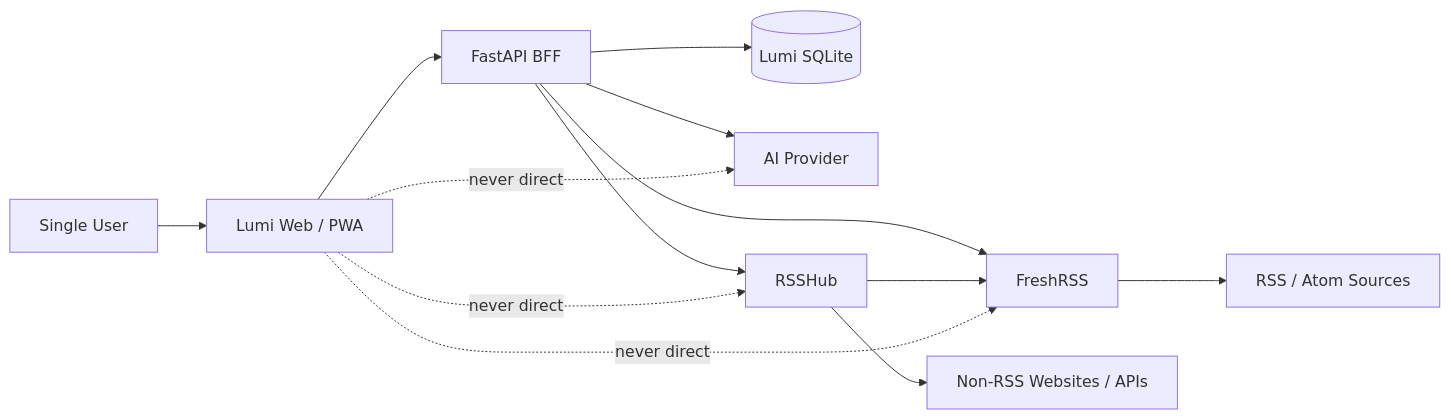
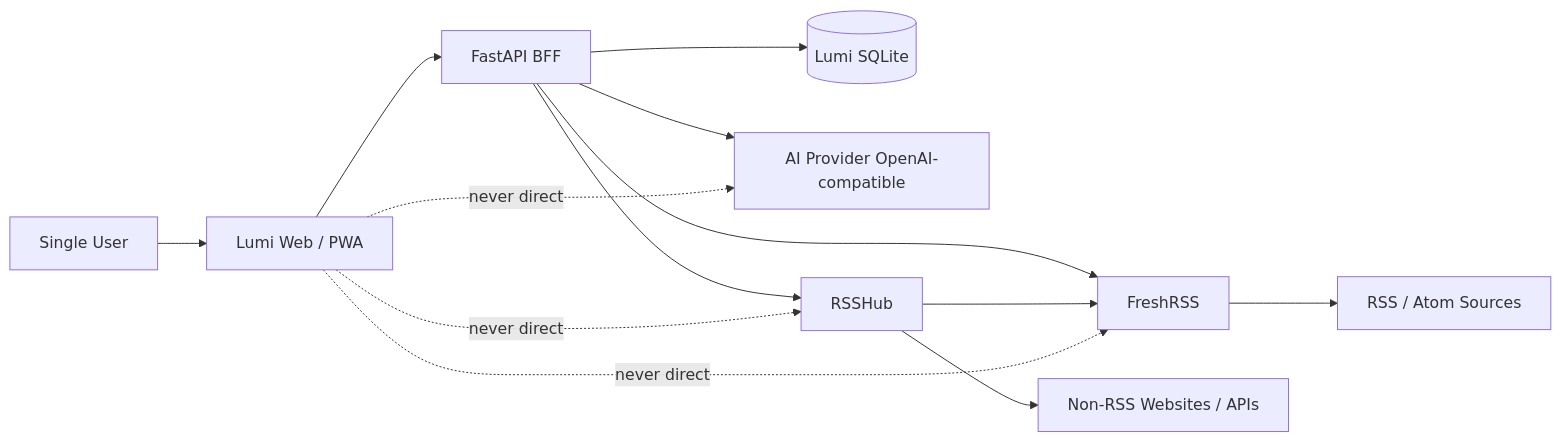
Before and after one commit to paidethon/LumiRSS: the first of 2 diagrams in docs/architecture/README.md, drawn with Mermaid. The commit also changed other lines of this file, not shown here.

First line of the commit message:
docs: sync current architecture with repaired implementation

````diff
--- a/docs/architecture/README.md
+++ b/docs/architecture/README.md
@@ -50,18 +33,18 @@
 ```mermaid
 flowchart LR
     User[Single User] --> Web[Lumi Web / PWA]
     Web --> BFF[FastAPI BFF]
 
     BFF --> FR[FreshRSS]
     BFF --> DB[(Lumi SQLite)]
-    BFF --> AI[AI Provider]
+    BFF --> AI[AI Provider OpenAI-compatible]
     BFF --> RH[RSSHub]
 
     RH --> FR
     FR --> Internet[RSS / Atom Sources]
     RH --> Websites[Non-RSS Websites / APIs]
 
     Web -. never direct .-> FR
     Web -. never direct .-> RH
     Web -. never direct .-> AI
 ```
````
